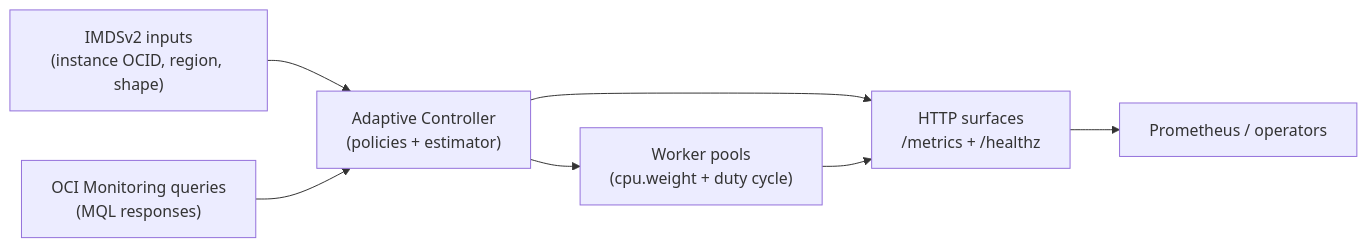
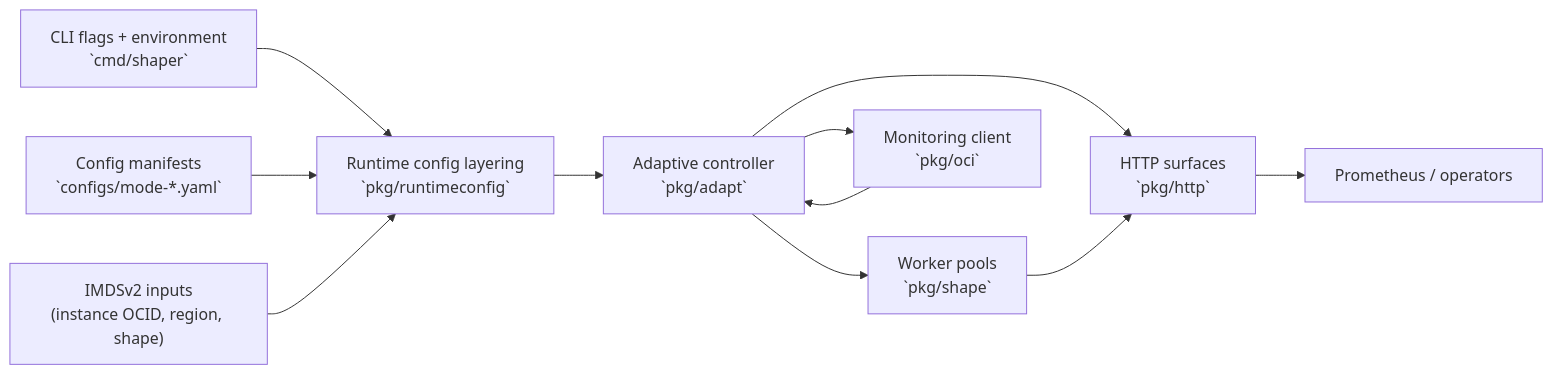
Before and after one commit to m0rfd/oci-cpu-shaper: the diagram in docs/00-overview.md, drawn with Mermaid. The commit also changed other lines of this file and 3 other files, not shown here.

Commit message:
docs: realign architecture references

````diff
--- a/docs/00-overview.md
+++ b/docs/00-overview.md
@@ -11,9 +11,13 @@
 ```mermaid
 flowchart LR
-    IMDS["IMDSv2 inputs\n(instance OCID, region, shape)"] --> CTRL["Adaptive Controller\n(policies + estimator)"]
-    MQL["OCI Monitoring queries\n(MQL responses)"] --> CTRL
-    CTRL --> POOL["Worker pools\n(cpu.weight + duty cycle)"]
-    CTRL --> HTTP["HTTP surfaces\n/metrics + /healthz"]
+    CLI["CLI flags + environment\n`cmd/shaper`"] --> CFG["Runtime config layering\n`pkg/runtimeconfig`"]
+    YAML["Config manifests\n`configs/mode-*.yaml`"] --> CFG
+    IMDS["IMDSv2 inputs\n(instance OCID, region, shape)"] --> CFG
+    CFG --> CTRL["Adaptive controller\n`pkg/adapt`"]
+    CTRL --> POOL["Worker pools\n`pkg/shape`"]
+    CTRL --> HTTP["HTTP surfaces\n`pkg/http`"]
     POOL --> HTTP
     HTTP --> PROM["Prometheus / operators"]
+    CTRL --> OCI["Monitoring client\n`pkg/oci`"]
+    OCI --> CTRL
 ```
````
